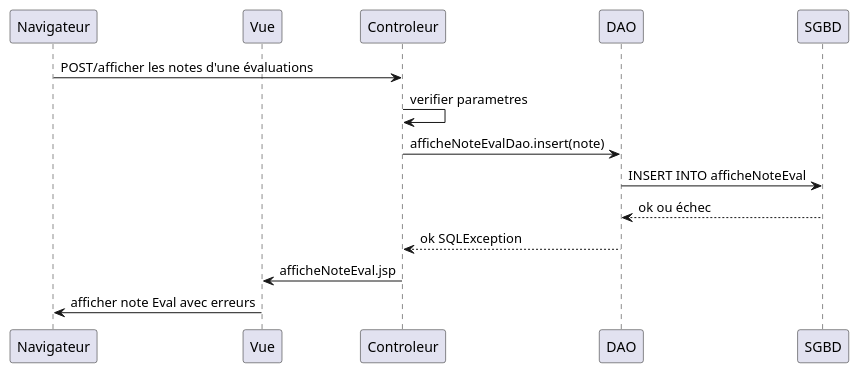
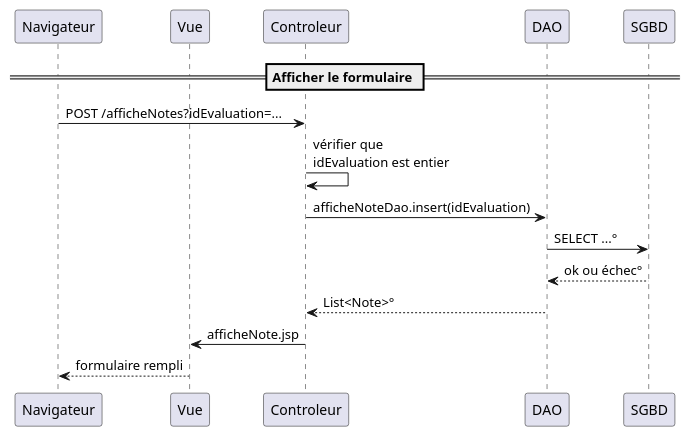
Before and after one commit to michel-plasse/SIOMassy2022: the diagram in src/main/uml/affiche_note.puml, drawn with PlantUML. The commit also changed 4 other files, not shown here.

```diff
--- a/src/main/uml/affiche_note.puml
+++ b/src/main/uml/affiche_note.puml
@@ -1,22 +1,14 @@
 @startuml
 participant Navigateur
 participant Vue
-
-Navigateur->Controleur: POST/afficher les notes d'une évaluations
-
-Controleur->Controleur:verifier parametres
-
-Controleur->DAO: afficheNoteEvalDao.insert(note)
-
-DAO->SGBD: INSERT INTO afficheNoteEval
-
-SGBD-->DAO: ok ou échec
-
-DAO-->Controleur: ok SQLException
-
-Controleur->Vue:afficheNoteEval.jsp
-
-Vue->Navigateur:afficher note Eval avec erreurs
-
+== Afficher le formulaire ==
+Navigateur -> Controleur: POST /afficheNotes?idEvaluation=...
+Controleur -> Controleur: vérifier que\nidEvaluation est entier
+Controleur -> DAO: afficheNoteDao.insert(idEvaluation)
+DAO -> SGBD: SELECT ...°
+SGBD --> DAO: ok ou échec°
+DAO --> Controleur: List<Note>°
+Controleur -> Vue: afficheNote.jsp
+Vue --> Navigateur: formulaire rempli
 
 @enduml
```
